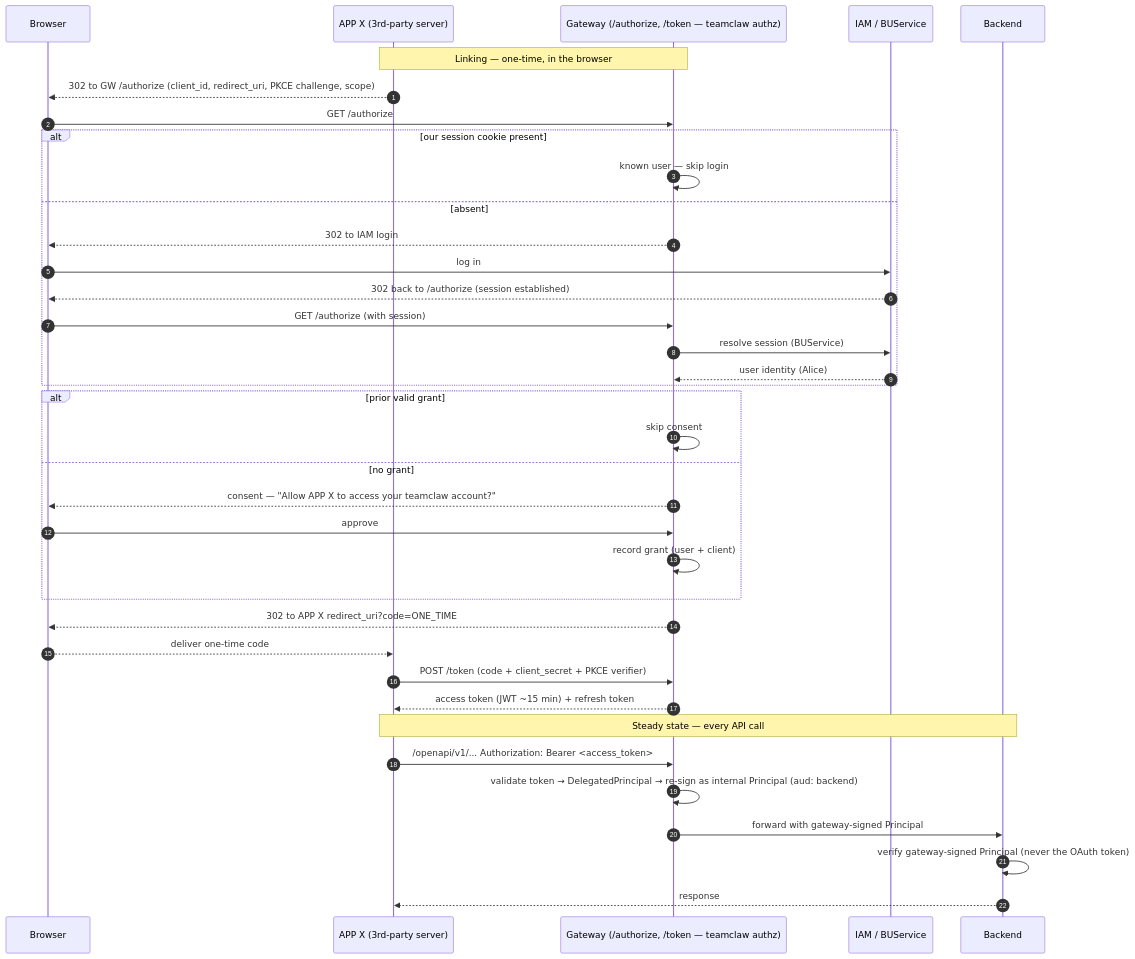
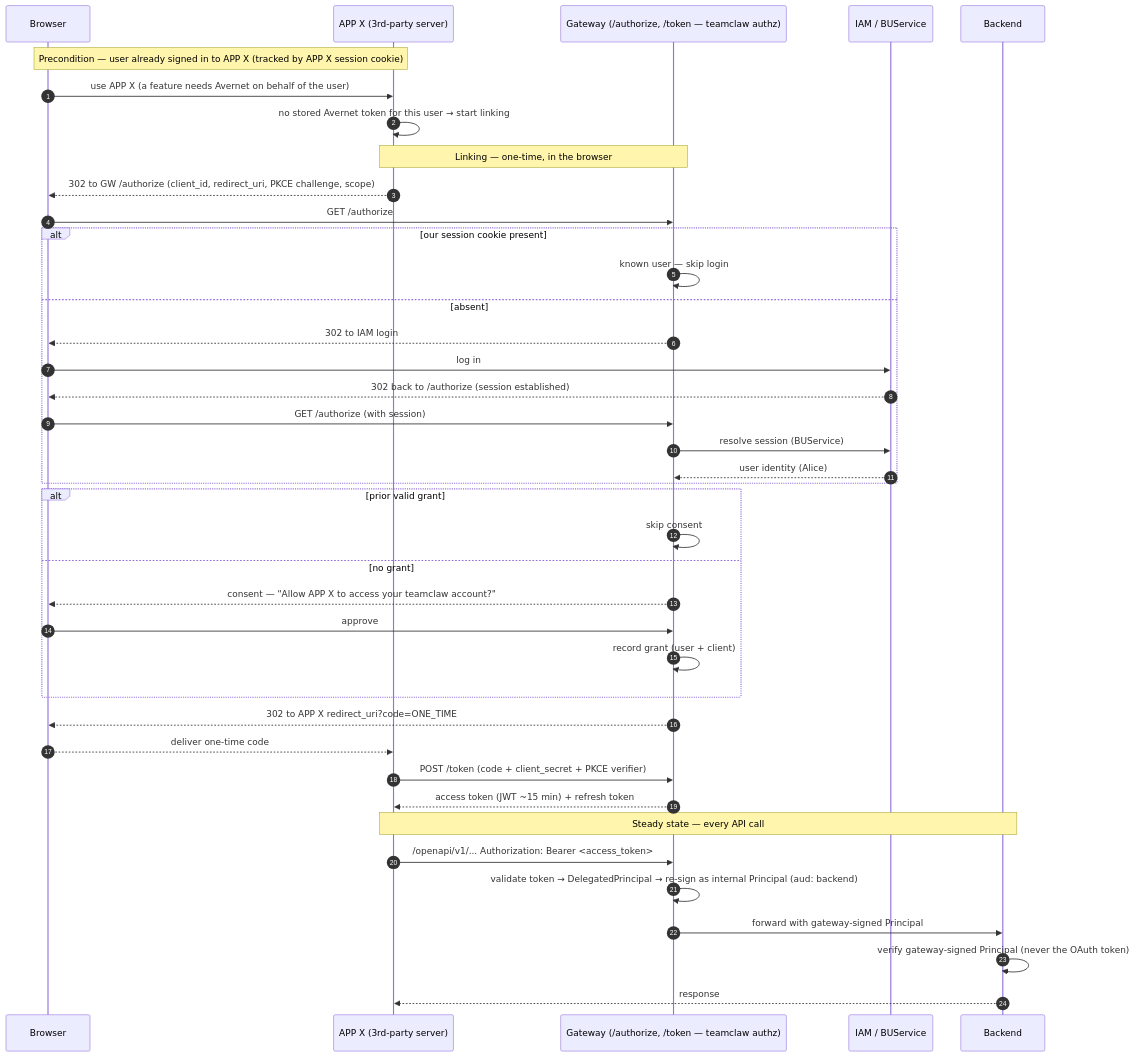
One commit to inclusionAI/Avernet changed the first of 2 diagrams in src/gateway/docs/2026-07-25-third-party-delegated-oauth/SYSTEM-FLOW.md. Above: the diagram before and after it, drawn with Mermaid. The commit also changed other lines of this file and 1 other file, not shown here.

First line of the commit message:
docs(gateway): fix community mermaid parse error + add APP X starting point

````diff
--- a/src/gateway/docs/2026-07-25-third-party-delegated-oauth/SYSTEM-FLOW.md
+++ b/src/gateway/docs/2026-07-25-third-party-delegated-oauth/SYSTEM-FLOW.md
@@ -52,41 +52,44 @@
 ```mermaid
 sequenceDiagram
     autonumber
     participant B as Browser
     participant X as APP X (3rd-party server)
     participant GW as Gateway (/authorize, /token — teamclaw authz)
     participant IAM as IAM / BUService
     participant BE as Backend
 
+    Note over B,X: Precondition — user already signed in to APP X (tracked by APP X session cookie)
+    B->>X: use APP X (a feature needs Avernet on behalf of the user)
+    X->>X: no stored Avernet token for this user → start linking
     Note over X,GW: Linking — one-time, in the browser
     X-->>B: 302 to GW /authorize (client_id, redirect_uri, PKCE challenge, scope)
     B->>GW: GET /authorize
     alt our session cookie present
         GW->>GW: known user — skip login
     else absent
         GW-->>B: 302 to IAM login
         B->>IAM: log in
         IAM-->>B: 302 back to /authorize (session established)
         B->>GW: GET /authorize (with session)
         GW->>IAM: resolve session (BUService)
         IAM-->>GW: user identity (Alice)
     end
     alt prior valid grant
         GW->>GW: skip consent
     else no grant
         GW-->>B: consent — "Allow APP X to access your teamclaw account?"
         B->>GW: approve
         GW->>GW: record grant (user + client)
     end
     GW-->>B: 302 to APP X redirect_uri?code=ONE_TIME
     B-->>X: deliver one-time code
     X->>GW: POST /token (code + client_secret + PKCE verifier)
     GW-->>X: access token (JWT ~15 min) + refresh token
 
     Note over X,BE: Steady state — every API call
     X->>GW: /openapi/v1/... Authorization: Bearer <access_token>
     GW->>GW: validate token → DelegatedPrincipal → re-sign as internal Principal (aud: backend)
     GW->>BE: forward with gateway-signed Principal
     BE->>BE: verify gateway-signed Principal (never the OAuth token)
     BE-->>X: response
 ```
````
